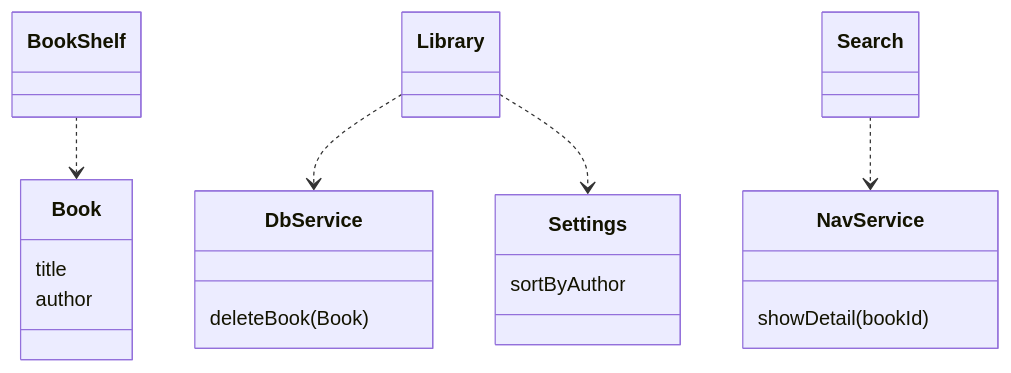
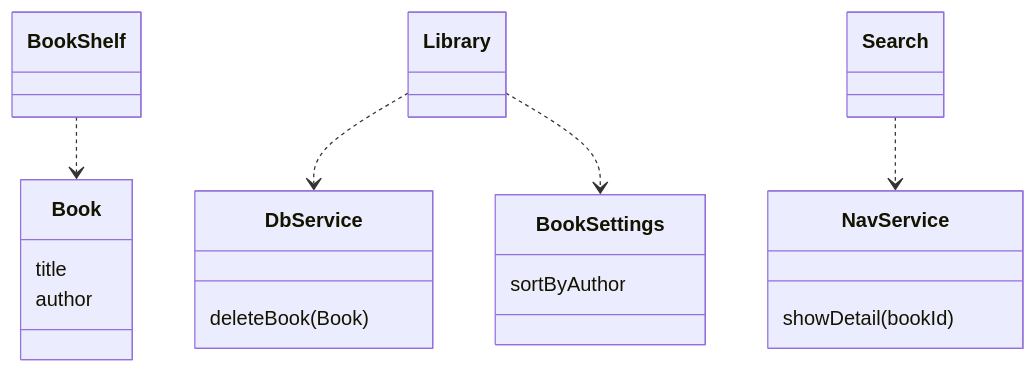
Before and after one commit to sisoje/hypermodular: the sixth of 8 diagrams in hypermodular/SKILL.md, drawn with Mermaid. The commit also changed 4 other files, not shown here.

````diff
--- a/hypermodular/SKILL.md
+++ b/hypermodular/SKILL.md
@@ -270,22 +270,22 @@
 ```mermaid
 %% Root: App · Coupling
 classDiagram
     class Book {
         title
         author
     }
     class DbService {
         deleteBook(Book)
     }
     class NavService {
         showDetail(bookId)
     }
-    class Settings {
+    class BookSettings {
         sortByAuthor
     }
 
     BookShelf ..> Book
     Library ..> DbService
-    Library ..> Settings
+    Library ..> BookSettings
     Search ..> NavService
 ```
````
